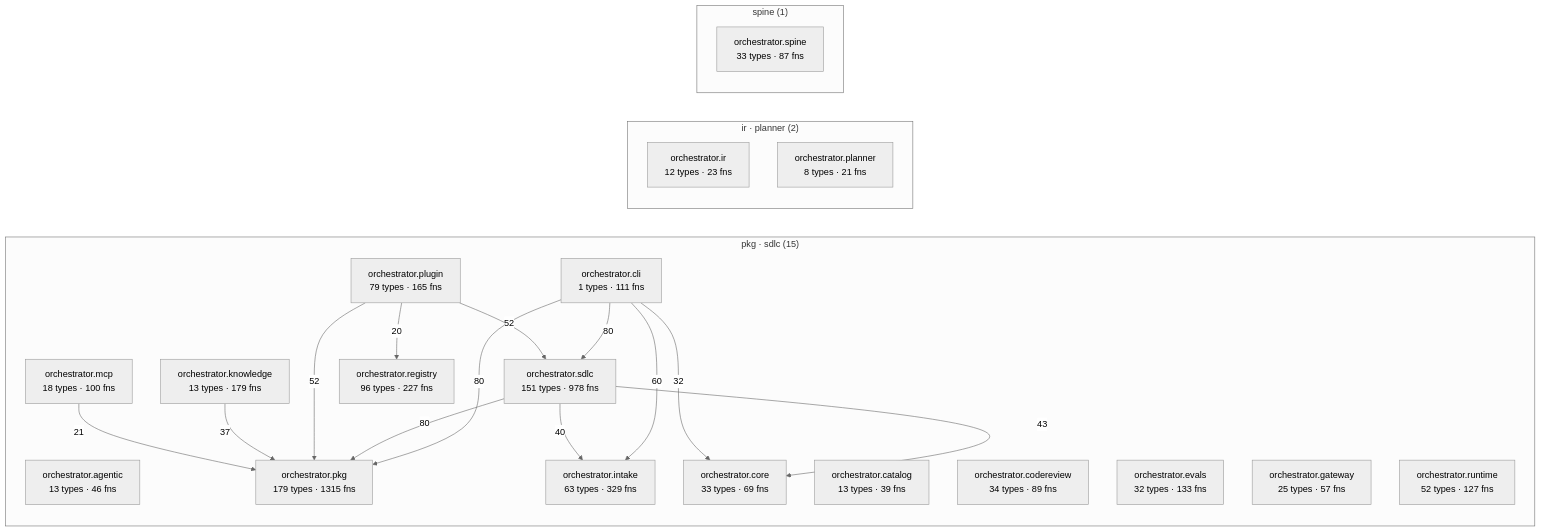
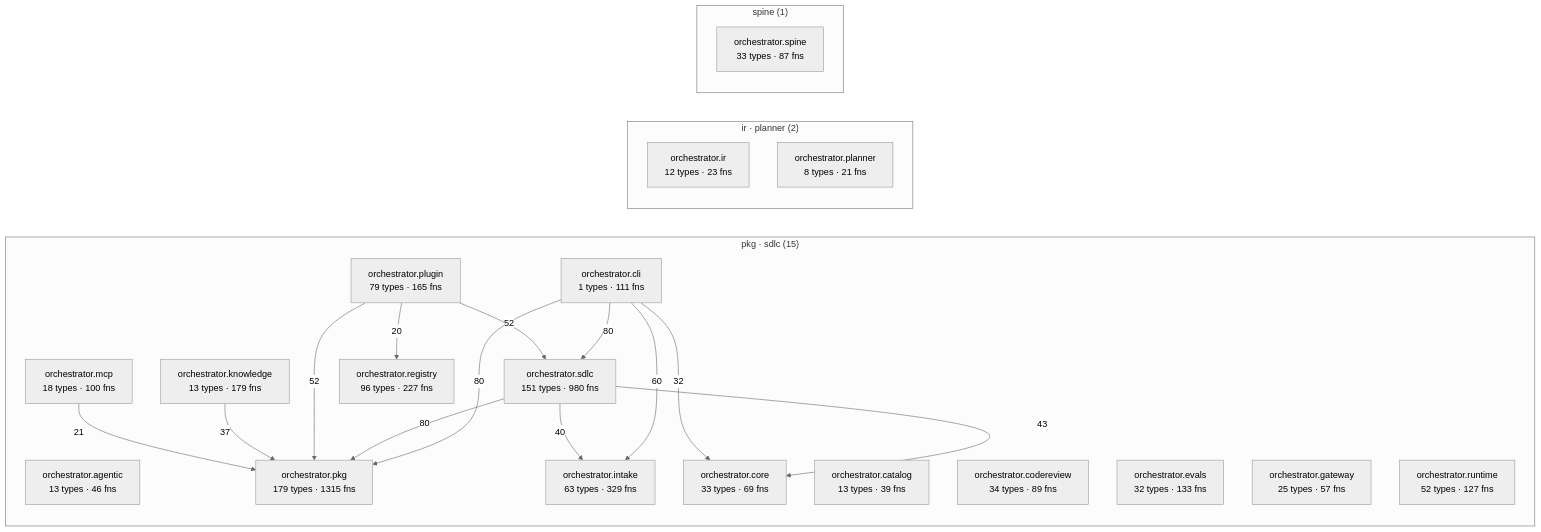
The diagram in episteme/architecture.md (synaptixs/spine), drawn with Mermaid (neutral theme) before and after one commit. The commit also changed other lines of this file and 10 other files, not shown here.

````diff
--- a/episteme/architecture.md
+++ b/episteme/architecture.md
@@ -56,39 +56,39 @@
 ```mermaid
 flowchart LR
   subgraph c_2["pkg · sdlc (15)"]
     aorchestratoragentic["orchestrator.agentic<br/>13 types · 46 fns"]
     aorchestratorcatalog["orchestrator.catalog<br/>13 types · 39 fns"]
     aorchestratorcli["orchestrator.cli<br/>1 types · 111 fns"]
     aorchestratorcodereview["orchestrator.codereview<br/>34 types · 89 fns"]
     aorchestratorcore["orchestrator.core<br/>33 types · 69 fns"]
     aorchestratorevals["orchestrator.evals<br/>32 types · 133 fns"]
     aorchestratorgateway["orchestrator.gateway<br/>25 types · 57 fns"]
     aorchestratorintake["orchestrator.intake<br/>63 types · 329 fns"]
     aorchestratorknowledge["orchestrator.knowledge<br/>13 types · 179 fns"]
     aorchestratormcp["orchestrator.mcp<br/>18 types · 100 fns"]
     aorchestratorpkg["orchestrator.pkg<br/>179 types · 1315 fns"]
     aorchestratorplugin["orchestrator.plugin<br/>79 types · 165 fns"]
     aorchestratorregistry["orchestrator.registry<br/>96 types · 227 fns"]
     aorchestratorruntime["orchestrator.runtime<br/>52 types · 127 fns"]
-    aorchestratorsdlc["orchestrator.sdlc<br/>151 types · 978 fns"]
+    aorchestratorsdlc["orchestrator.sdlc<br/>151 types · 980 fns"]
   end
   subgraph c_5["ir · planner (2)"]
     aorchestratorir["orchestrator.ir<br/>12 types · 23 fns"]
     aorchestratorplanner["orchestrator.planner<br/>8 types · 21 fns"]
   end
   subgraph c_10["spine (1)"]
     aorchestratorspine["orchestrator.spine<br/>33 types · 87 fns"]
   end
   aorchestratorcli -->|80| aorchestratorpkg
   aorchestratorcli -->|80| aorchestratorsdlc
   aorchestratorsdlc -->|80| aorchestratorpkg
   aorchestratorcli -->|60| aorchestratorintake
   aorchestratorplugin -->|52| aorchestratorpkg
   aorchestratorplugin -->|52| aorchestratorsdlc
   aorchestratorsdlc -->|43| aorchestratorcore
   aorchestratorsdlc -->|40| aorchestratorintake
   aorchestratorknowledge -->|37| aorchestratorpkg
   aorchestratorcli -->|32| aorchestratorcore
   aorchestratormcp -->|21| aorchestratorpkg
   aorchestratorplugin -->|20| aorchestratorregistry
 ```
````
